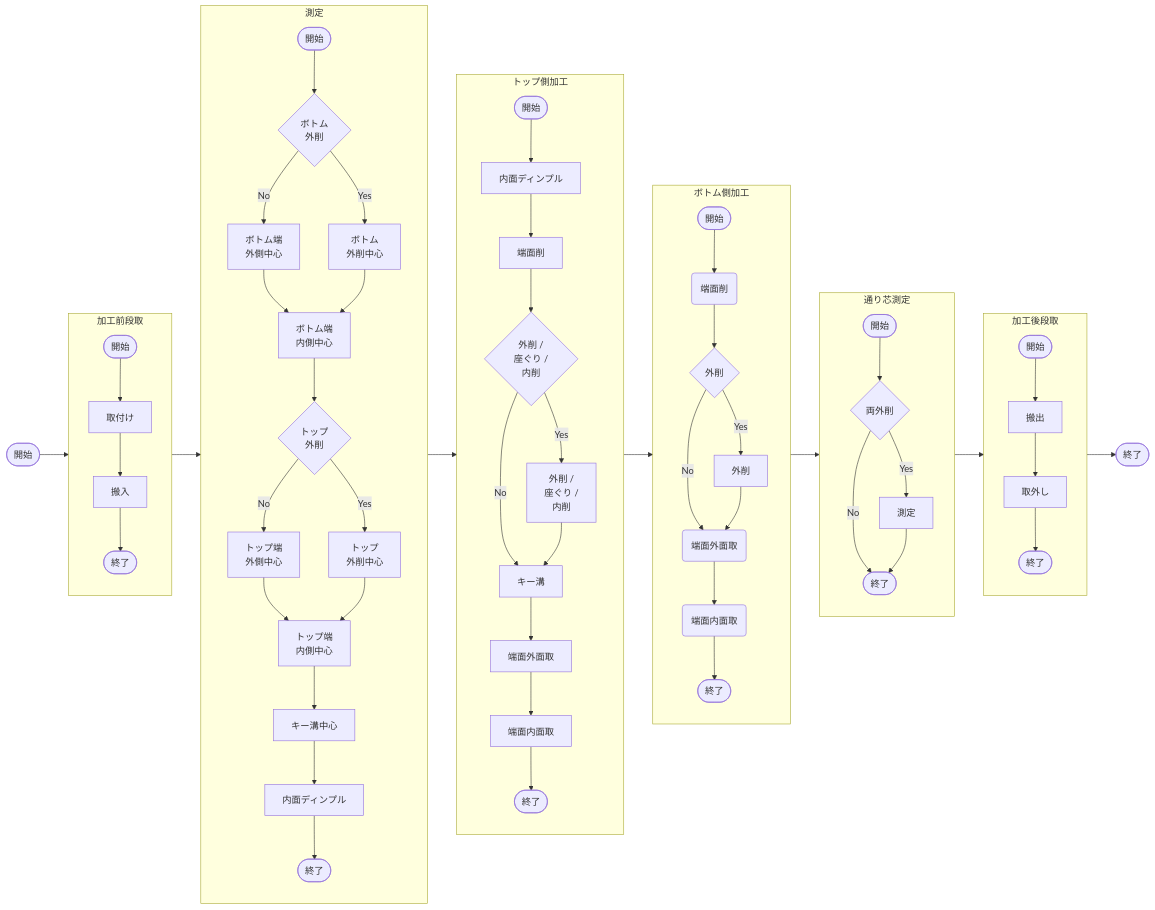
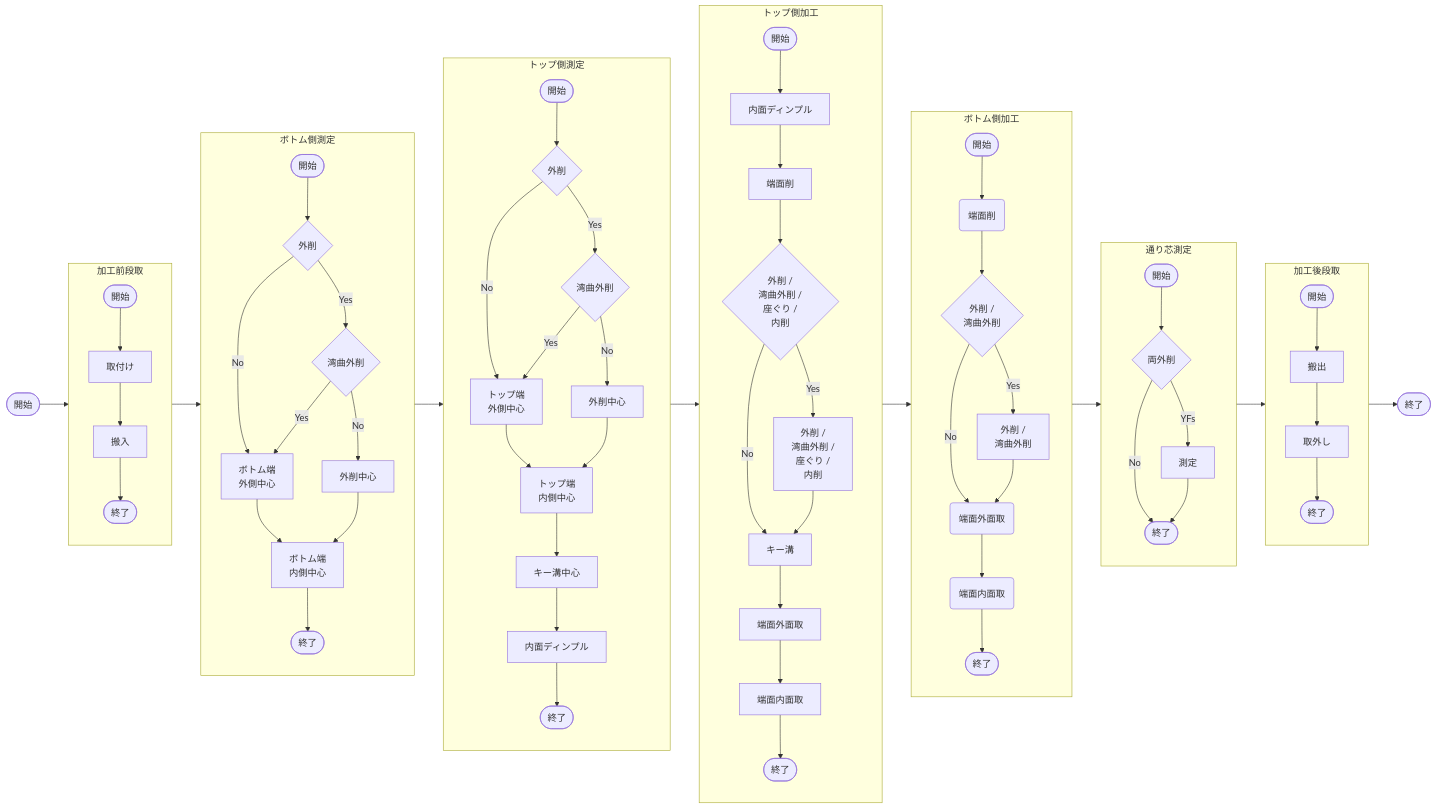
One commit to mojimould/mould_moji changed the diagram in RfCPN/RfCPN_a1_includefiles/RfCPN_2_pictures/RfCPN_p03_pictures/Milling_flow_chart.md. Above: the diagram before and after it, drawn with Mermaid.

````diff
--- a/RfCPN/RfCPN_a1_includefiles/RfCPN_2_pictures/RfCPN_p03_pictures/Milling_flow_chart.md
+++ b/RfCPN/RfCPN_a1_includefiles/RfCPN_2_pictures/RfCPN_p03_pictures/Milling_flow_chart.md
@@ -1,67 +1,78 @@
 ```mermaid
 graph LR
     A0([開始]) --> Group1
     subgraph Group1[加工前段取]
         direction TB
         A1([開始]) --> A2
         A2[取付け] --> A3[搬入]
         A3 --> A4([終了])
     end
     Group1 --> Group2
-    subgraph Group2[測定]
+    subgraph Group2[ボトム側測定]
         direction TB
-        B1([開始]) --> B2{ボトム\n外削}
+        B1([開始]) --> B2{外削}
         B2 -->|No| B31
         B2 -->|Yes| B32
         B31[ボトム端\n 外側中心] --> B4
-        B32[ボトム\n 外削中心] --> B4
-        B4[ボトム端\n 内側中心] --> B5{トップ\n外削}
-        B5 -->|No| B61[トップ端\n 外側中心]
-        B5 -->|Yes| B62[トップ\n 外削中心]
-        B61 --> B7
-        B62 --> B7
-        B7[トップ端\n 内側中心] --> B8
-        B8[キー溝中心] --> B9
-        B9[内面ディンプル] --> B10([終了])
+        B32{湾曲外削}
+        B32 -->|No| B321
+        B32 -->|Yes| B31
+        B321[外削中心] --> B4
+        B4[ボトム端\n 内側中心] --> B5([終了])
     end
     Group2 --> Group3
-    subgraph Group3[トップ側加工]
+    subgraph Group3[トップ側測定]
         direction TB
-        C1([開始]) --> C2
-        C2[内面ディンプル] --> C3
-        C3[端面削] --> C4{外削 /\n座ぐり /\n 内削}
-        C4 -->|Yes| C5
-        C4 -->|No| C6
-        C5[外削 /\n 座ぐり /\n 内削] --> C6
-        C6[キー溝] --> C7
-        C7[端面外面取] --> C8
-        C8[端面内面取] --> C9([終了])
+        C1([開始]) --> C2{外削}
+        C2 -->|No| C61
+        C2 -->|Yes| C62
+        C61[トップ端\n 外側中心] --> C7
+        C62{湾曲外削}
+        C62 -->|No| C621
+        C62 -->|Yes| C61
+        C621[外削中心] --> C7
+        C7[トップ端\n 内側中心] --> C8
+        C8[キー溝中心] --> C9
+        C9[内面ディンプル] --> C10([終了])
     end
     Group3 --> Group4
-    subgraph Group4[ボトム側加工]
+    subgraph Group4[トップ側加工]
         direction TB
         D1([開始]) --> D2
-        D2(端面削) --> D3{外削}
-        D3 -->|Yes| D4
-        D3 -->|No| D5
-        D4[外削] --> D5
-        D5(端面外面取) --> D6
-        D6(端面内面取) --> D7([終了])
+        D2[内面ディンプル] --> D3
+        D3[端面削] --> D4{外削 /\n湾曲外削 /\n座ぐり /\n 内削}
+        D4 -->|Yes| D5
+        D4 -->|No| D6
+        D5[外削 /\n 湾曲外削 /\n 座ぐり /\n 内削] --> D6
+        D6[キー溝] --> D7
+        D7[端面外面取] --> D8
+        D8[端面内面取] --> D9([終了])
     end
     Group4 --> Group5
-    subgraph Group5[通り芯測定]
+    subgraph Group5[ボトム側加工]
         direction TB
-        E1([開始]) --> E2{両外削}
-        E2 -->|Yes| E3[測定]
-        E2 -->|No| E4
-        E3 --> E4([終了])
+        E1([開始]) --> E2
+        E2(端面削) --> E3{外削 /\n 湾曲外削}
+        E3 -->|Yes| E4
+        E3 -->|No| E5
+        E4[外削 /\n 湾曲外削] --> E5
+        E5(端面外面取) --> E6
+        E6(端面内面取) --> E7([終了])
     end
     Group5 --> Group6
-    subgraph Group6[加工後段取]
+    subgraph Group6[通り芯測定]
+        direction TB
+        F1([開始]) --> F2{両外削}
+        F2 -->|YFs| F3[測定]
+        F2 -->|No| F4
+        F3 --> F4([終了])
+    end
+    Group6 --> Group7
+    subgraph Group7[加工後段取]
         direction TB
         G1([開始]) --> G2
         G2[搬出] --> G3
         G3[取外し] --> G4([終了])
     end
-    Group6 --> H1([終了])
+    Group7 --> H1([終了])
 ```
````
